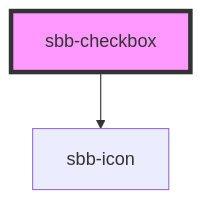
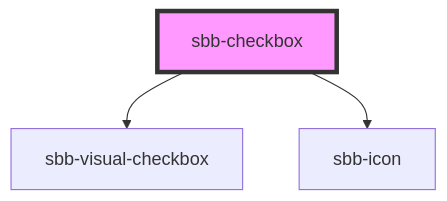
Before and after one commit to sbb-design-systems/lyne-components: the diagram in src/components/sbb-checkbox/readme.md, drawn with Mermaid. The commit also changed other lines of this file and 31 other files, not shown here.

````diff
--- a/src/components/sbb-checkbox/readme.md
+++ b/src/components/sbb-checkbox/readme.md
@@ -99,5 +100,6 @@
 ```mermaid
 graph TD;
+  sbb-checkbox --> sbb-visual-checkbox
   sbb-checkbox --> sbb-icon
   style sbb-checkbox fill:#f9f,stroke:#333,stroke-width:4px
 ```
````
